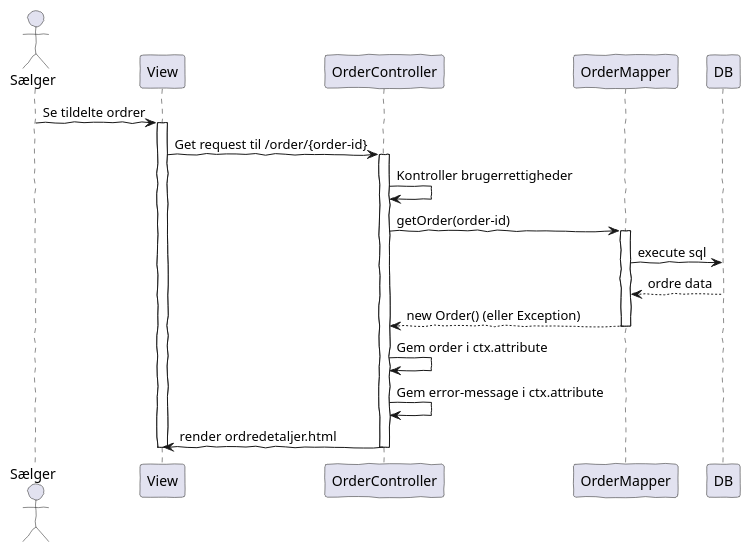
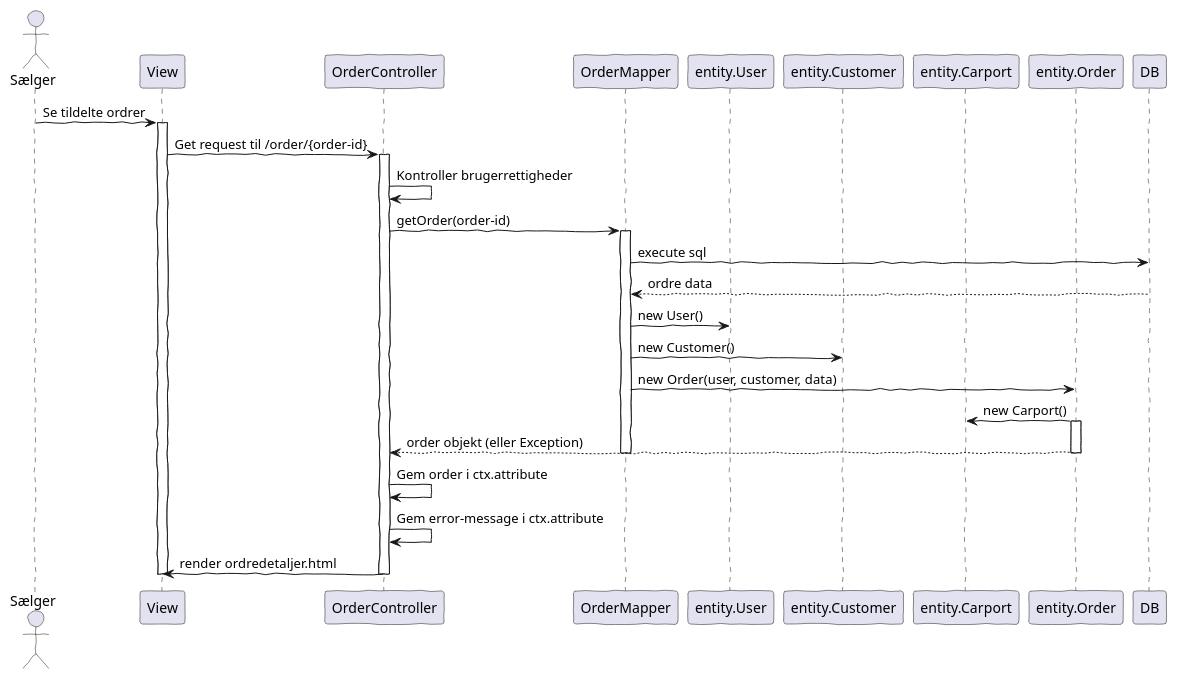
The diagram in docs/us15-sequence.puml (AndyTheDragon/Fog-projektet), drawn with PlantUML before and after one commit.

Commit message:
opdateret diagram for us-15 med detaljer om OrderMapper og Order klassen og hvordan de arbejder sammen.

```diff
--- a/docs/us15-sequence.puml
+++ b/docs/us15-sequence.puml
@@ -1,32 +1,42 @@
 @startuml
 'https://plantuml.com/sequence-diagram
 !pragma layout smetana
 skinparam handwritten true
 
 actor Sælger
 participant View as V
 participant "OrderController" as C
 participant "OrderMapper" as M
+participant entity.User as User
+participant entity.Customer as Customer
+participant entity.Carport as Carport
+participant entity.Order as Order
 participant DB
 
 
 Sælger -> V: Se tildelte ordrer
 activate V
 
 V -> C: Get request til /order/{order-id}
 activate C
 C -> C: Kontroller brugerrettigheder
 C -> M: getOrder(order-id)
 activate M
 M -> DB: execute sql
 DB --> M: ordre data
-M --> C: new Order() (eller Exception)
+M -> User : new User()
+M -> Customer: new Customer()
+M -> Order: new Order(user, customer, data)
+Order -> Carport: new Carport()
+activate Order
+Order --> C: order objekt (eller Exception)
+deactivate Order
 deactivate M
 C -> C: Gem order i ctx.attribute
 C -> C: Gem error-message i ctx.attribute
 C -> V: render ordredetaljer.html
 deactivate C
 
 deactivate V
 
 @enduml
```
